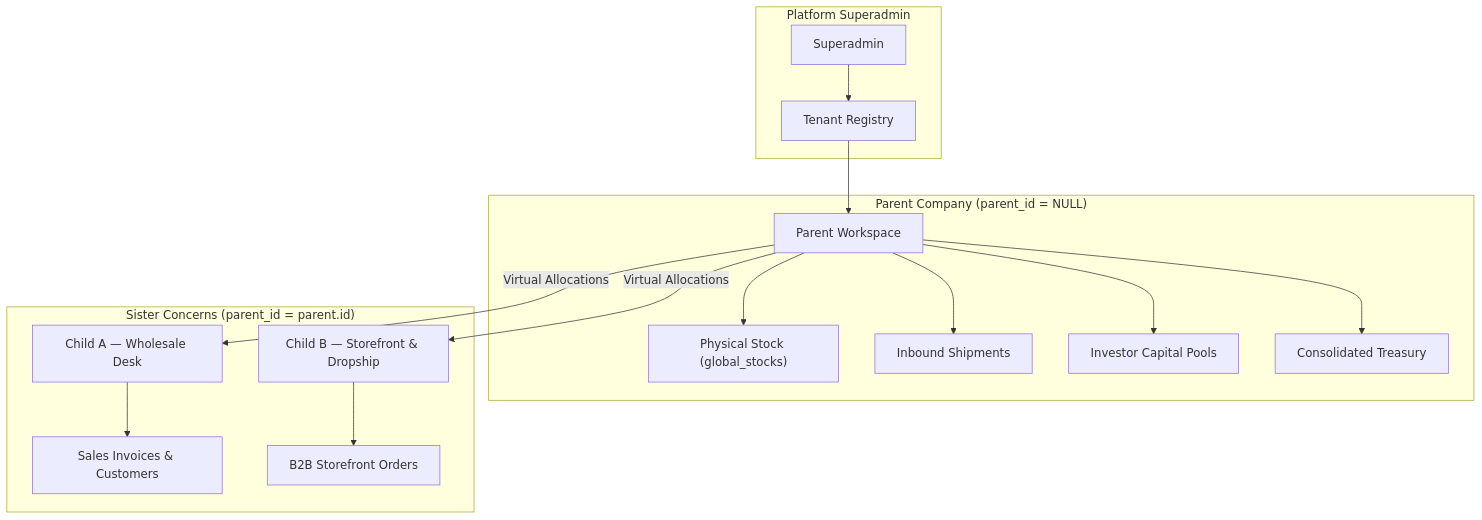
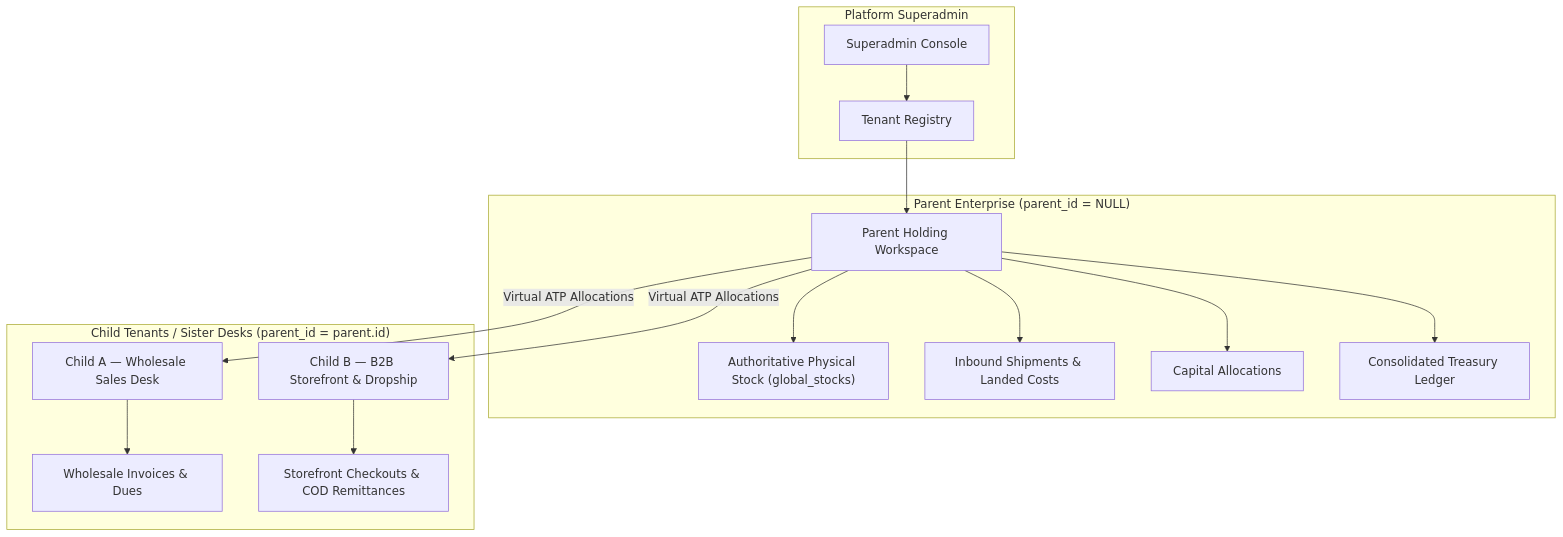
The third of 10 diagrams in src/content/projects/01-tradeflowbd.md (marceldavidbaroi/portfolio-astro), drawn with Mermaid before and after one commit. The commit also changed other lines of this file and 90 other files, not shown here.

````diff
--- a/src/content/projects/01-tradeflowbd.md
+++ b/src/content/projects/01-tradeflowbd.md
@@ -328,23 +280,23 @@
 ```mermaid
 flowchart TD
     subgraph Platform ["Platform Superadmin"]
-        SA["Superadmin"] --> TENANTS["Tenant Registry"]
+        SA["Superadmin Console"] --> TENANTS["Tenant Registry"]
     end
 
-    subgraph Parent ["Parent Company (parent_id = NULL)"]
-        P["Parent Workspace"]
-        P --> PHYS["Physical Stock (global_stocks)"]
-        P --> SHIPMENTS["Inbound Shipments"]
-        P --> INVESTORS["Investor Capital Pools"]
-        P --> REPORTS["Consolidated Treasury"]
+    subgraph Parent ["Parent Enterprise (parent_id = NULL)"]
+        P["Parent Holding Workspace"]
+        P --> PHYS["Authoritative Physical Stock (global_stocks)"]
+        P --> SHIPMENTS["Inbound Shipments & Landed Costs"]
+        P --> INVESTORS["Capital Allocations"]
+        P --> TREASURY["Consolidated Treasury Ledger"]
     end
 
-    subgraph Children ["Sister Concerns (parent_id = parent.id)"]
-        P -->|Virtual Allocations| C1["Child A — Wholesale Desk"]
-        P -->|Virtual Allocations| C2["Child B — Storefront & Dropship"]
-        C1 --> INV1["Sales Invoices & Customers"]
-        C2 --> SHOP1["B2B Storefront Orders"]
+    subgraph Children ["Child Tenants / Sister Desks (parent_id = parent.id)"]
+        P -->|Virtual ATP Allocations| C1["Child A — Wholesale Sales Desk"]
+        P -->|Virtual ATP Allocations| C2["Child B — B2B Storefront & Dropship"]
+        C1 --> BILLS1["Wholesale Invoices & Dues"]
+        C2 --> ORDERS1["Storefront Checkouts & COD Remittances"]
     end
 
     TENANTS --> P
 ```
````
